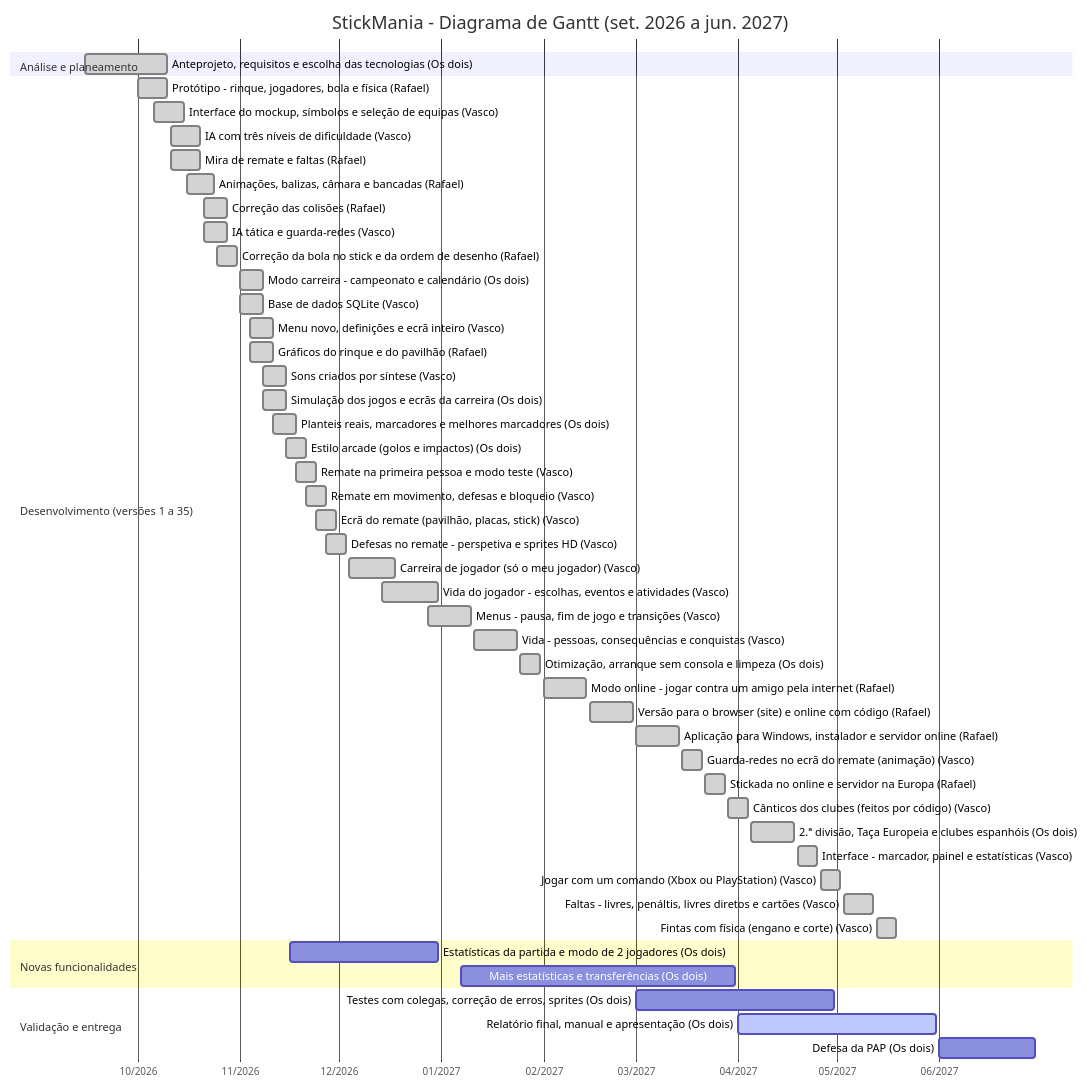
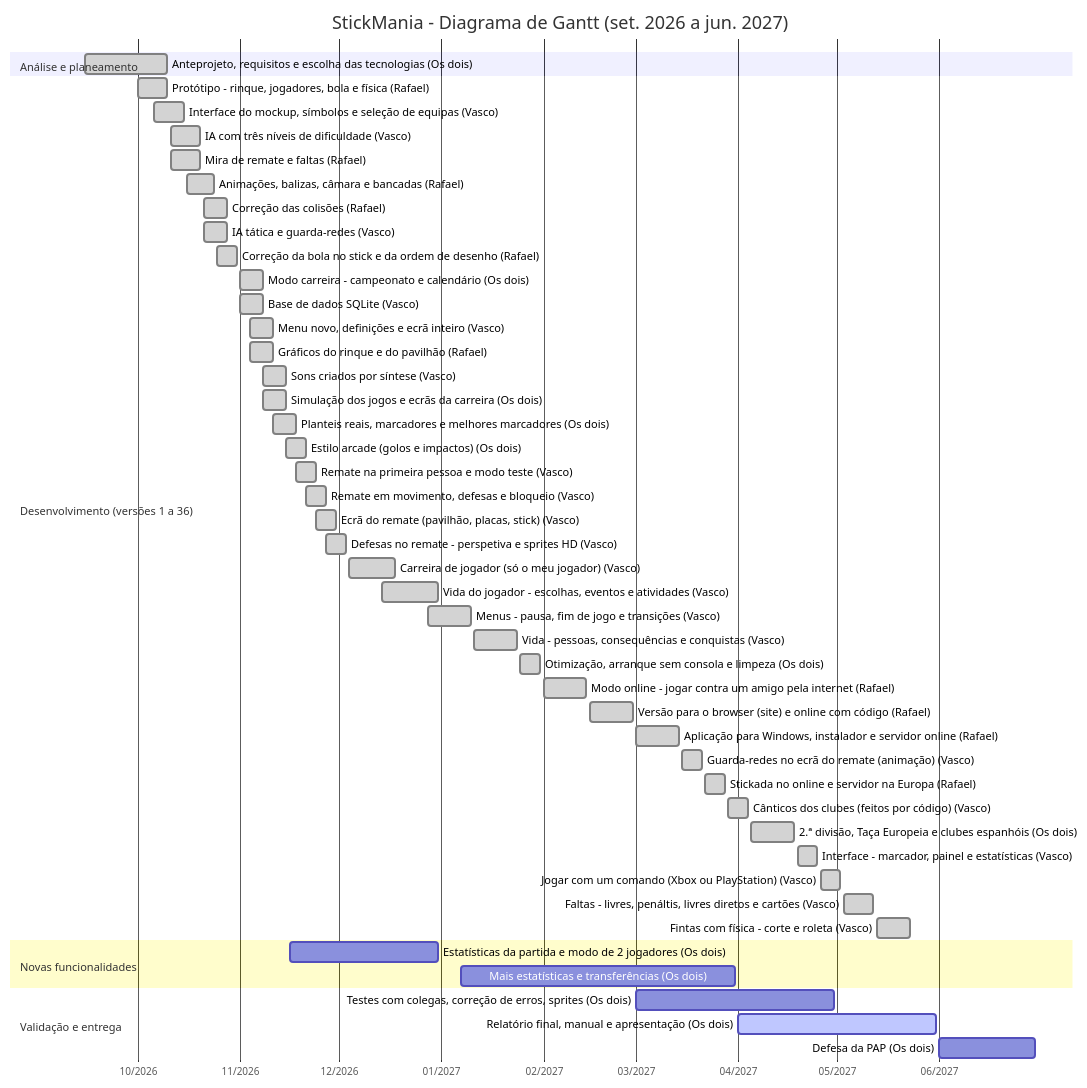
The diagram in docs/GANTT.md (RafaelSilveira23/Stickmaniapap), drawn with Mermaid before and after one commit. The commit also changed other lines of this file and 20 other files, not shown here.

````diff
--- a/docs/GANTT.md
+++ b/docs/GANTT.md
@@ -13,54 +13,54 @@
 ```mermaid
 gantt
     title StickMania - Diagrama de Gantt (set. 2026 a jun. 2027)
     dateFormat YYYY-MM-DD
     axisFormat %m/%Y
     tickInterval 1month
     todayMarker off
     section Análise e planeamento
     Anteprojeto, requisitos e escolha das tecnologias (Os dois) :done, t1, 2026-09-15, 2026-10-10
-    section Desenvolvimento (versões 1 a 35)
+    section Desenvolvimento (versões 1 a 36)
     Protótipo - rinque, jogadores, bola e física (Rafael) :done, t2, 2026-10-01, 2026-10-10
     Interface do mockup, símbolos e seleção de equipas (Vasco) :done, t3, 2026-10-06, 2026-10-15
     IA com três níveis de dificuldade (Vasco) :done, t4, 2026-10-11, 2026-10-20
     Mira de remate e faltas (Rafael) :done, t5, 2026-10-11, 2026-10-20
     Animações, balizas, câmara e bancadas (Rafael) :done, t6, 2026-10-16, 2026-10-24
     Correção das colisões (Rafael) :done, t7, 2026-10-21, 2026-10-28
     IA tática e guarda-redes (Vasco) :done, t8, 2026-10-21, 2026-10-28
     Correção da bola no stick e da ordem de desenho (Rafael) :done, t9, 2026-10-25, 2026-10-31
     Modo carreira - campeonato e calendário (Os dois) :done, t10, 2026-11-01, 2026-11-08
     Base de dados SQLite (Vasco) :done, t11, 2026-11-01, 2026-11-08
     Menu novo, definições e ecrã inteiro (Vasco) :done, t12, 2026-11-04, 2026-11-11
     Gráficos do rinque e do pavilhão (Rafael) :done, t13, 2026-11-04, 2026-11-11
     Sons criados por síntese (Vasco) :done, t14, 2026-11-08, 2026-11-15
     Simulação dos jogos e ecrãs da carreira (Os dois) :done, t15, 2026-11-08, 2026-11-15
     Planteis reais, marcadores e melhores marcadores (Os dois) :done, t16, 2026-11-11, 2026-11-18
     Estilo arcade (golos e impactos) (Os dois) :done, t17, 2026-11-15, 2026-11-21
     Remate na primeira pessoa e modo teste (Vasco) :done, t18, 2026-11-18, 2026-11-24
     Remate em movimento, defesas e bloqueio (Vasco) :done, t19, 2026-11-21, 2026-11-27
     Ecrã do remate (pavilhão, placas, stick) (Vasco) :done, t20, 2026-11-24, 2026-11-30
     Defesas no remate - perspetiva e sprites HD (Vasco) :done, t21, 2026-11-27, 2026-12-03
     Carreira de jogador (só o meu jogador) (Vasco) :done, t22, 2026-12-04, 2026-12-18
     Vida do jogador - escolhas, eventos e atividades (Vasco) :done, t23, 2026-12-14, 2026-12-31
     Menus - pausa, fim de jogo e transições (Vasco) :done, t24, 2026-12-28, 2027-01-10
     Vida - pessoas, consequências e conquistas (Vasco) :done, t25, 2027-01-11, 2027-01-24
     Otimização, arranque sem consola e limpeza (Os dois) :done, t26, 2027-01-25, 2027-01-31
     Modo online - jogar contra um amigo pela internet (Rafael) :done, t27, 2027-02-01, 2027-02-14
     Versão para o browser (site) e online com código (Rafael) :done, t28, 2027-02-15, 2027-02-28
     Aplicação para Windows, instalador e servidor online (Rafael) :done, t29, 2027-03-01, 2027-03-14
     Guarda-redes no ecrã do remate (animação) (Vasco) :done, t30, 2027-03-15, 2027-03-21
     Stickada no online e servidor na Europa (Rafael) :done, t31, 2027-03-22, 2027-03-28
     Cânticos dos clubes (feitos por código) (Vasco) :done, t32, 2027-03-29, 2027-04-04
     2.ª divisão, Taça Europeia e clubes espanhóis (Os dois) :done, t33, 2027-04-05, 2027-04-18
     Interface - marcador, painel e estatísticas (Vasco) :done, t34, 2027-04-19, 2027-04-25
     Jogar com um comando (Xbox ou PlayStation) (Vasco) :done, t35, 2027-04-26, 2027-05-02
     Faltas - livres, penáltis, livres diretos e cartões (Vasco) :done, t36, 2027-05-03, 2027-05-12
-    Fintas com física (engano e corte) (Vasco) :done, t37, 2027-05-13, 2027-05-19
+    Fintas com física - corte e roleta (Vasco) :done, t37, 2027-05-13, 2027-05-23
     section Novas funcionalidades
     Estatísticas da partida e modo de 2 jogadores (Os dois) :t38, 2026-11-16, 2026-12-31
     Mais estatísticas e transferências (Os dois) :t39, 2027-01-07, 2027-03-31
     section Validação e entrega
     Testes com colegas, correção de erros, sprites (Os dois) :t40, 2027-03-01, 2027-04-30
     Relatório final, manual e apresentação (Os dois) :active, t41, 2027-04-01, 2027-05-31
     Defesa da PAP (Os dois) :t42, 2027-06-01, 2027-06-30
 ```
````
